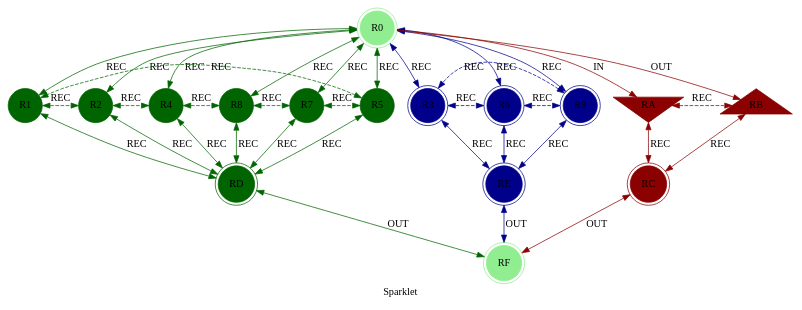
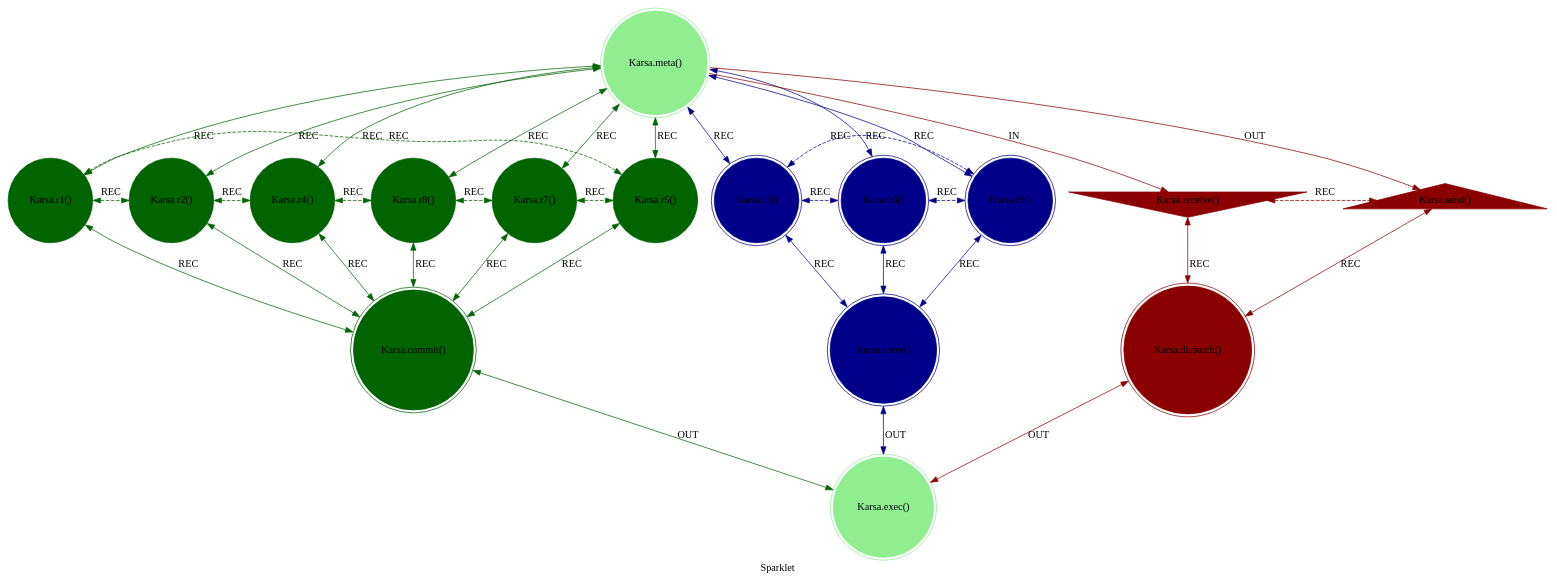
Before and after one commit to cilang/mythos: the diagram in src/includes/karsa.dot, drawn with Graphviz. The commit also changed 6 other files, not shown here.

```diff
--- a/src/includes/karsa.dot
+++ b/src/includes/karsa.dot
@@ -1,48 +1,48 @@
 strict digraph Sparklet {
     label = "Sparklet";
     style = filled;
     color = lightgray;
     node [shape = circle; style = filled; color = lightgreen;];
     
     // The Axis A-0-B (In-Meta-Out).
     // The Sacred 3-6-9 (Boundary of Perception).
     // The Vortex 1-2-4-8-7-5 (Boundary of Comprehension).
     // The Router C-D-E
     // The Closure F
-    spark_0_t [label = "R0";comment = "meta()";shape = doublecircle;];
-    spark_1_t [label = "R1";comment = "";shape = circle;color = darkgreen;];
-    spark_2_t [label = "R2";comment = "";shape = circle;color = darkgreen;];
-    spark_4_t [label = "R4";comment = "";shape = circle;color = darkgreen;];
-    spark_8_t [label = "R8";comment = "";shape = circle;color = darkgreen;];
-    spark_7_t [label = "R7";comment = "";shape = circle;color = darkgreen;];
-    spark_5_t [label = "R5";comment = "";shape = circle;color = darkgreen;];
-    spark_3_t [label = "R3";comment = "";shape = doublecircle;color = darkblue;];
-    spark_6_t [label = "R6";comment = "";shape = doublecircle;color = darkblue;];
-    spark_9_t [label = "R9";comment = "";shape = doublecircle;color = darkblue;];
-    spark_a_t [label = "RA";comment = "receive()";shape = invtriangle;color = darkred;];
-    spark_b_t [label = "RB";comment = "send()";shape = triangle;color = darkred;];
-    spark_c_t [label = "RC";comment = "dispatch()";shape = doublecircle;color = darkred;];
-    spark_d_t [label = "RD";comment = "commit()";shape = doublecircle;color = darkgreen;];
-    spark_e_t [label = "RE";comment = "serve()";shape = doublecircle;color = darkblue;];
-    spark_f_t [label = "RF";comment = "exec()";shape = doublecircle;];
+    spark_0_t [label = "Karsa.meta()";comment = "";shape = doublecircle;];
+    spark_1_t [label = "Karsa.r1()";comment = "";shape = circle;color = darkgreen;];
+    spark_2_t [label = "Karsa.r2()";comment = "";shape = circle;color = darkgreen;];
+    spark_4_t [label = "Karsa.r4()";comment = "";shape = circle;color = darkgreen;];
+    spark_8_t [label = "Karsa.r8()";comment = "";shape = circle;color = darkgreen;];
+    spark_7_t [label = "Karsa.r7()";comment = "";shape = circle;color = darkgreen;];
+    spark_5_t [label = "Karsa.r5()";comment = "";shape = circle;color = darkgreen;];
+    spark_3_t [label = "Karsa.r3()";comment = "Rhythm and Pattern";shape = doublecircle;color = darkblue;];
+    spark_6_t [label = "Karsa.r6()";comment = "Inertia and Momentum";shape = doublecircle;color = darkblue;];
+    spark_9_t [label = "Karsa.r9()";comment = "Time and Space";shape = doublecircle;color = darkblue;];
+    spark_a_t [label = "Karsa.receive()";comment = "Fixation";shape = invtriangle;color = darkred;];
+    spark_b_t [label = "Karsa.send()";comment = "Excitation";shape = triangle;color = darkred;];
+    spark_c_t [label = "Karsa.dispatch()";comment = "";shape = doublecircle;color = darkred;];
+    spark_d_t [label = "Karsa.commit()";comment = "";shape = doublecircle;color = darkgreen;];
+    spark_e_t [label = "Karsa.serve()";comment = "";shape = doublecircle;color = darkblue;];
+    spark_f_t [label = "Karsa.exec()";comment = "";shape = doublecircle;];
     
     // IN = Input
     // OUT = Output
     // REC = Recursion
     spark_0_t -> spark_a_t [label = "IN"; color = darkred; comment = "";];
     spark_0_t -> spark_b_t [label = "OUT"; color = darkred; comment = "";];
     spark_0_t -> {spark_3_t spark_6_t spark_9_t} [label = "REC"; color = darkblue; comment = ""; dir = both;];
     spark_0_t -> {spark_1_t spark_2_t spark_4_t spark_8_t spark_7_t spark_5_t} [label = "REC"; color = darkgreen; comment = ""; dir = both;];
     
     {spark_a_t spark_b_t} -> spark_c_t [label = "REC"; color = darkred; comment = ""; dir = both;];
     {spark_1_t spark_2_t spark_4_t spark_8_t spark_7_t spark_5_t} -> spark_d_t [label = "REC"; color = darkgreen; comment = ""; dir = both;];
     {spark_3_t spark_6_t spark_9_t} -> spark_e_t [label = "REC"; color = darkblue; comment = ""; dir = both;];
     
     spark_1_t -> spark_2_t -> spark_4_t -> spark_8_t -> spark_7_t -> spark_5_t -> spark_1_t [label = "REC"; color = darkgreen; comment = ""; style = dashed; constraint = false; dir = both;];
     spark_3_t -> spark_6_t -> spark_9_t -> spark_3_t [label = "REC"; color = darkblue; comment = ""; style = dashed; constraint = false; dir = both;];
     spark_a_t -> spark_b_t [label = "REC"; color = darkred; comment = ""; constraint = false; style = dashed; dir = both;];
     
     spark_c_t -> spark_f_t [label = "OUT"; color = darkred; comment = ""; dir = both;];
     spark_d_t -> spark_f_t [label = "OUT"; color = darkgreen; comment = ""; dir = both;];
     spark_e_t -> spark_f_t [label = "OUT"; color = darkblue; comment = ""; dir = both;];
 }
```
